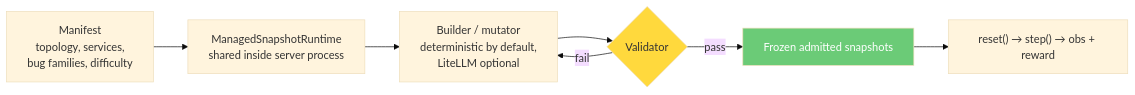
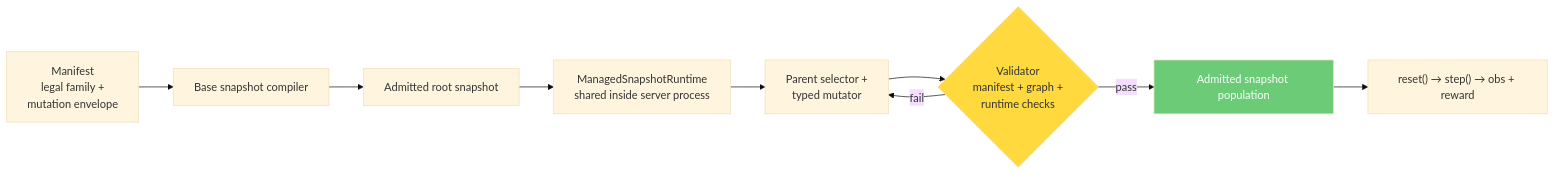
One commit to open-cybernauts/open-range changed the diagram in README.md. Above: the diagram before and after it, drawn with Mermaid (base theme). The commit also changed other lines of this file and 10 other files, not shown here.

Commit message:
Add snapshot lineage and parent-based mutation runtime (#49)

````diff
--- a/README.md
+++ b/README.md
@@ -17,12 +17,14 @@
 ```mermaid
 flowchart LR
-    M[Manifest<br/>topology, services,<br/>bug families, difficulty] --> R[ManagedSnapshotRuntime<br/>shared inside server process]
-    R --> B[Builder / mutator<br/>deterministic by default,<br/>LiteLLM optional]
-    B --> V{Validator}
-    V -->|fail| B
-    V -->|pass| S[Frozen admitted snapshots]
+    M[Manifest<br/>legal family +<br/>mutation envelope] --> B[Base snapshot compiler]
+    B --> P[Admitted root snapshot]
+    P --> R[ManagedSnapshotRuntime<br/>shared inside server process]
+    R --> U[Parent selector +<br/>typed mutator]
+    U --> V{Validator<br/>manifest + graph +<br/>runtime checks}
+    V -->|fail| U
+    V -->|pass| S[Admitted snapshot population]
     S --> E["reset() → step() → obs + reward"]
 
     style V fill:#ffd93d,color:#333
     style S fill:#6bcb77,color:#fff
 ```
````
